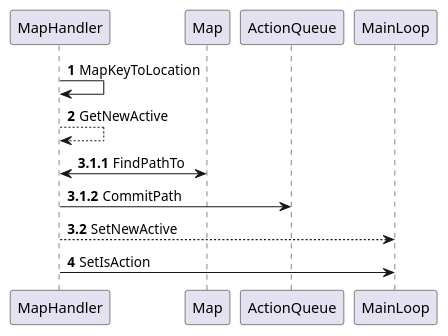
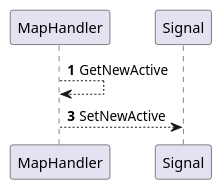
One commit to Hraelzyr/helene-rust changed the diagram in Design diagrams/Sequence Diagrams/map_handler.puml. Above: the diagram before and after it, drawn with PlantUML. The commit also changed 19 other files, not shown here.

First line of the commit message:
Sequence diagrams modified for signal-slots.

```diff
--- a/Design diagrams/Sequence Diagrams/map_handler.puml
+++ b/Design diagrams/Sequence Diagrams/map_handler.puml
@@ -1,15 +1,15 @@
 @startuml
 'https://plantuml.com/sequence-diagram
 
 autonumber
 
-MapHandler -> MapHandler: MapKeyToLocation
+'MapHandler -> MapHandler: MapKeyToLocation
 MapHandler --> MapHandler: GetNewActive
-autonumber 3.1.1
-MapHandler <-> Map: FindPathTo
-MapHandler -> ActionQueue: CommitPath /' When you move using map screen'/
-autonumber 3.2
-MapHandler --> MainLoop: SetNewActive /' When you move on the map screen '/
+'autonumber 3.1.1
+'MapHandler <-> Map: FindPathTo
+'MapHandler -> Signal: CommitPath /' When you move using map screen'/
+autonumber 3
+MapHandler --> Signal: SetNewActive /' When you move on the map screen '/
 autonumber 4
-MapHandler -> MainLoop: SetIsAction
+'MapHandler -> Signal: ProcessUntilNext
 @enduml
```
